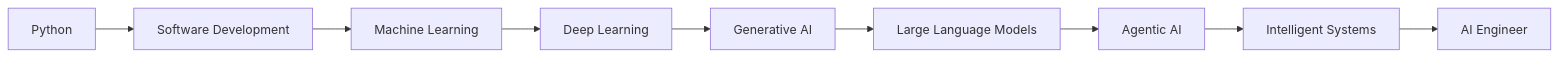
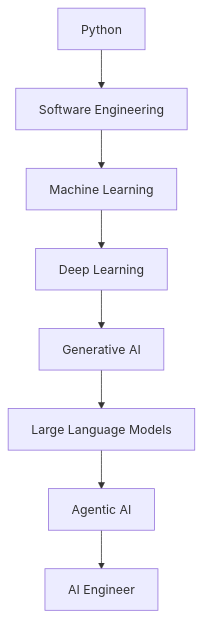
One commit to AntoDevStack/AntoDevStack changed the second of 2 diagrams in README.md. Above: the diagram before and after it, drawn with Mermaid. The commit also changed other lines of this file, not shown here.

````diff
--- a/README.md
+++ b/README.md
@@ -153,19 +125,19 @@
 ```mermaid
-flowchart LR
+flowchart TD
 
-A[Python] --> B[Software Development]
+A[Python]
+
+A --> B[Software Engineering]
 
 B --> C[Machine Learning]
 
 C --> D[Deep Learning]
 
 D --> E[Generative AI]
 
 E --> F[Large Language Models]
 
 F --> G[Agentic AI]
 
-G --> H[Intelligent Systems]
-
-H --> I[AI Engineer]
+G --> H[AI Engineer]
 ```
````
